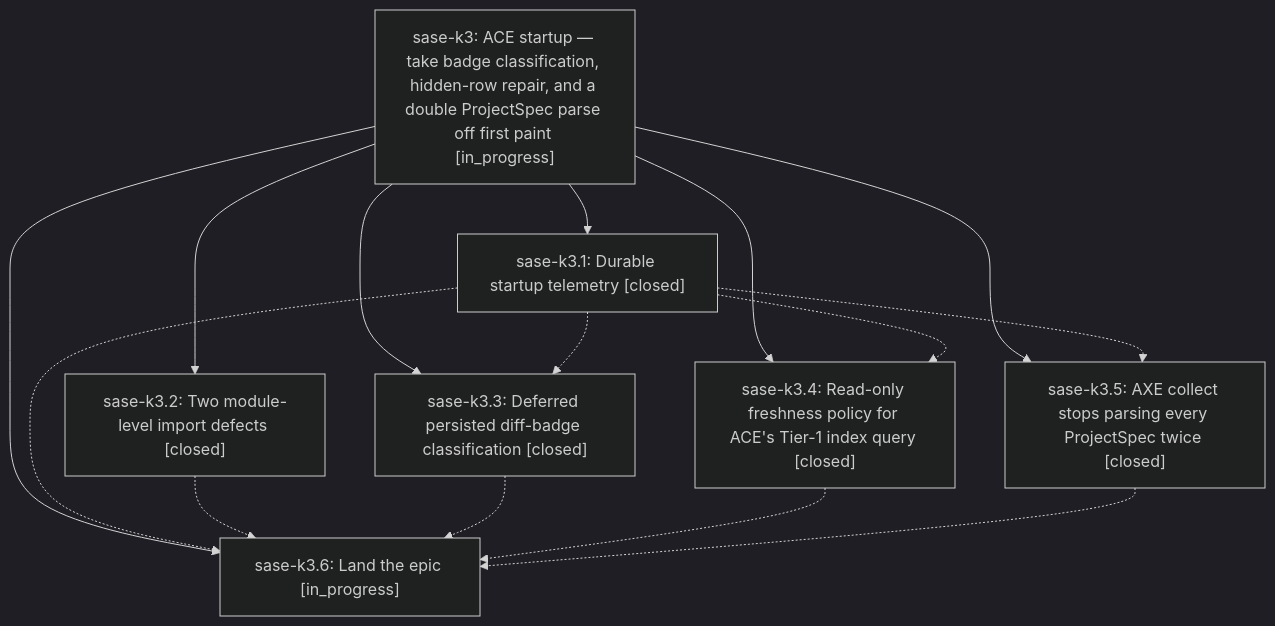
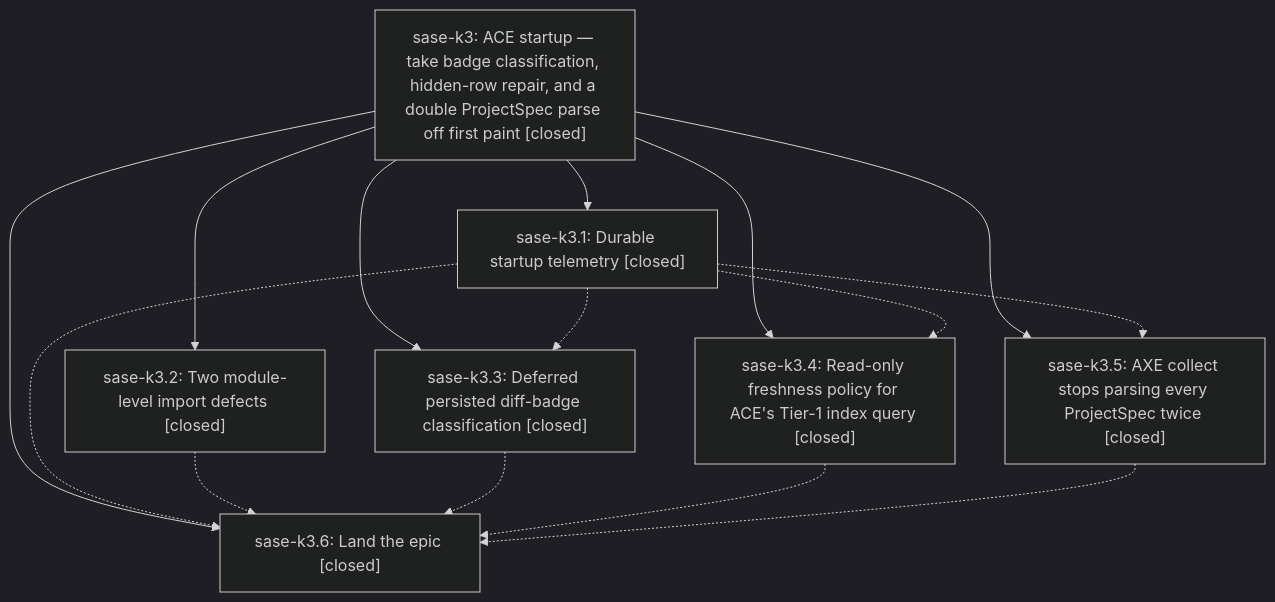
Before and after one commit to sase-org/sase--beads: the diagram in pages/sase-k3/README.md, drawn with Mermaid (dark theme). The commit also changed other lines of this file and 6 other files, not shown here.

````diff
--- a/pages/sase-k3/README.md
+++ b/pages/sase-k3/README.md
@@ -27,24 +86,24 @@
 ```mermaid
 flowchart TD
-    n0["sase-k3: ACE startup — take badge classification, hidden-row repair, and a double ProjectSpec parse off first paint [in_progress]"]
+    n0["sase-k3: ACE startup — take badge classification, hidden-row repair, and a double ProjectSpec parse off first paint [closed]"]
     n1["sase-k3.1: Durable startup telemetry [closed]"]
     n2["sase-k3.2: Two module-level import defects [closed]"]
     n3["sase-k3.3: Deferred persisted diff-badge classification [closed]"]
     n4["sase-k3.4: Read-only freshness policy for ACE's Tier-1 index query [closed]"]
     n5["sase-k3.5: AXE collect stops parsing every ProjectSpec twice [closed]"]
-    n6["sase-k3.6: Land the epic [in_progress]"]
+    n6["sase-k3.6: Land the epic [closed]"]
     n0 --> n1
     n0 --> n2
     n0 --> n3
     n0 --> n4
     n0 --> n5
     n0 --> n6
     n1 -.-> n3
     n1 -.-> n4
     n1 -.-> n5
     n1 -.-> n6
     n2 -.-> n6
     n3 -.-> n6
     n4 -.-> n6
     n5 -.-> n6
 ```
````
